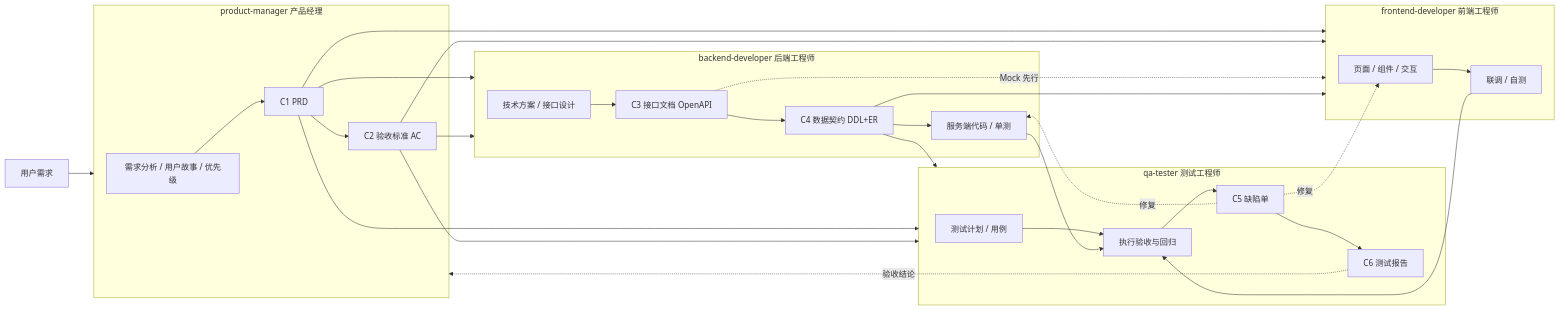
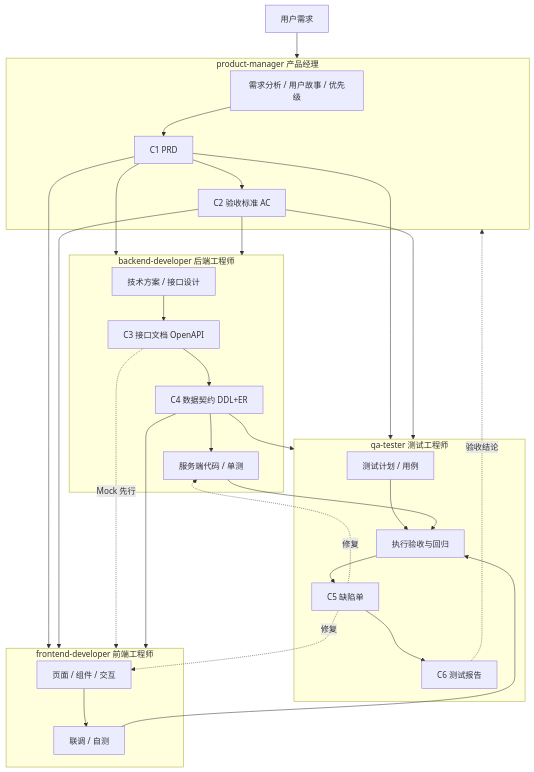
Before and after one commit to ThinkMars/multi-agents: the diagram in README.md, drawn with Mermaid. The commit also changed other lines of this file and 33 other files, not shown here.

````diff
--- a/README.md
+++ b/README.md
@@ -7,44 +7,44 @@
 ```mermaid
-flowchart LR
+flowchart TD
     U[用户需求] --> PM
 
     subgraph PM[product-manager 产品经理]
         P1[需求分析 / 用户故事 / 优先级]
         P2[C1 PRD]
         P3[C2 验收标准 AC]
         P1 --> P2 --> P3
     end
 
     P2 --> BE & FE & QA
     P3 --> BE & FE & QA
 
     subgraph BE[backend-developer 后端工程师]
         B1[技术方案 / 接口设计]
         B2[C3 接口文档 OpenAPI]
         B3[C4 数据契约 DDL+ER]
         B4[服务端代码 / 单测]
         B1 --> B2 --> B3 --> B4
     end
 
     B2 -.Mock 先行.-> FE
     B3 --> FE & QA
 
     subgraph FE[frontend-developer 前端工程师]
         F1[页面 / 组件 / 交互]
         F2[联调 / 自测]
         F1 --> F2
     end
 
     subgraph QA[qa-tester 测试工程师]
         Q1[测试计划 / 用例]
         Q2[执行验收与回归]
         Q3[C5 缺陷单]
         Q4[C6 测试报告]
         Q1 --> Q2 --> Q3 --> Q4
     end
 
     B4 --> Q2
     F2 --> Q2
     Q3 -.修复.-> B4 & F1
     Q4 -.验收结论.-> PM
 ```
````
